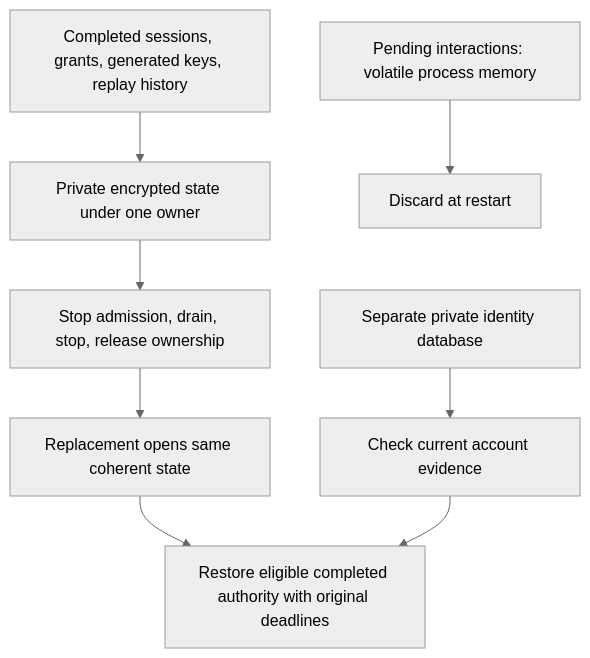
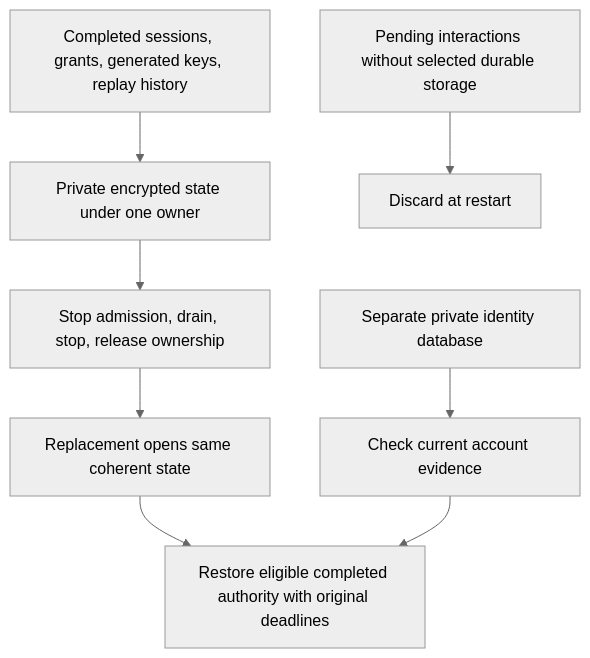
Before and after one commit to authcrunch/authcrunch.github.io: the diagram in docs/operations/runtime-state.md, drawn with Mermaid (neutral theme). The commit also changed other lines of this file and 122 other files, not shown here.

````diff
--- a/docs/operations/runtime-state.md
+++ b/docs/operations/runtime-state.md
@@ -39,12 +39,12 @@
 ```mermaid
 flowchart TD
   accTitle: Only completed authority crosses a controlled restart
-  accDescr: One runtime owns the private state directory and commits completed state synchronously. A full stop/start releases ownership before restoration. Restored credentials keep original expiry and replay history. Pending login, enrollment, consent interactions, and cross-device work remain volatile, while the local identity database is a separate artifact.
+  accDescr: This diagram shows root snapshot storage. One runtime owns the private directory and commits completed state synchronously. A full stop/start releases ownership before restoration, preserving original expiry and replay history. Unselected pending workflows remain volatile. Optional named OAuth, signup, ticket and refresh backends own separate records; identity databases are also separate artifacts.
   C["Completed sessions, grants, generated keys, replay history"] --> S["Private encrypted state under one owner"]
   S --> O["Stop admission, drain, stop, release ownership"]
   O --> R["Replacement opens same coherent state"]
   R --> V["Restore eligible completed authority with original deadlines"]
-  P["Pending interactions: volatile process memory"] --> X["Discard at restart"]
+  P["Pending interactions without selected durable storage"] --> X["Discard at restart"]
   D["Separate private identity database"] --> E["Check current account evidence"]
   E --> V
 ```
````
